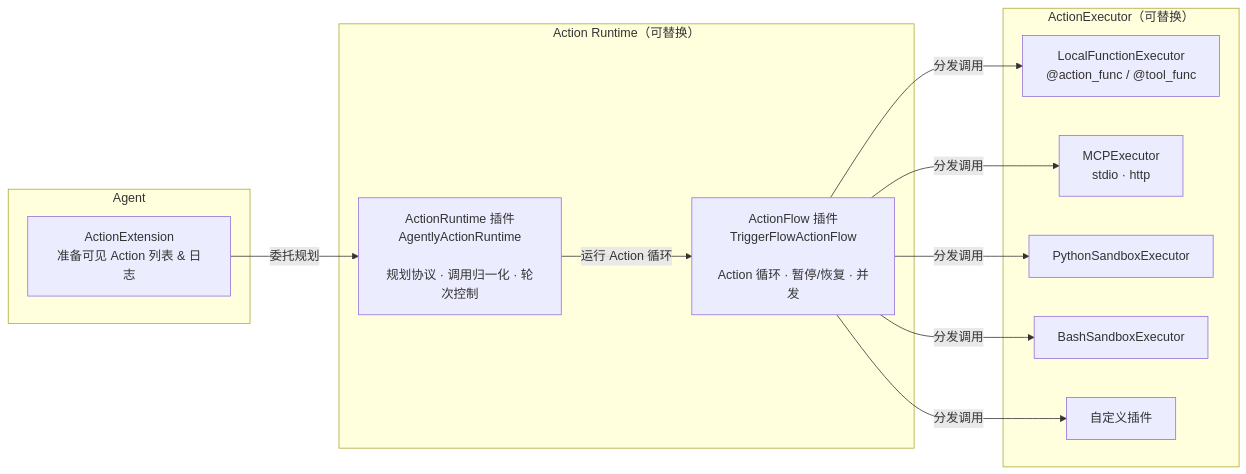
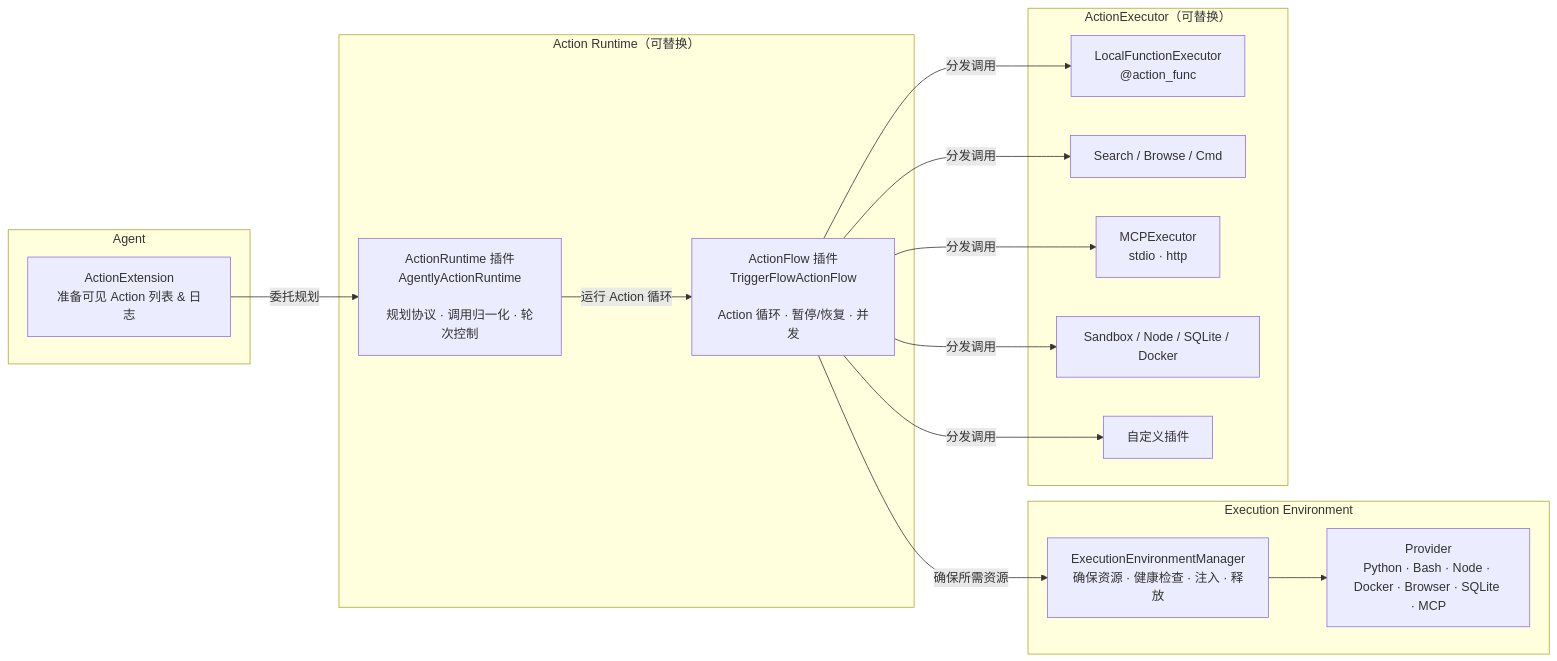
One commit to bit-cook/Agently changed the second of 5 diagrams in README_CN.md. Above: the diagram before and after it, drawn with Mermaid. The commit also changed other lines of this file and 5 other files, not shown here.

````diff
--- a/README_CN.md
+++ b/README_CN.md
@@ -109,27 +115,34 @@
 ```mermaid
 graph LR
     subgraph AGENT2["Agent"]
         AExt["ActionExtension\n准备可见 Action 列表 & 日志"]
     end
 
     subgraph RUNTIME["Action Runtime（可替换）"]
         AR["ActionRuntime 插件\nAgentlyActionRuntime\n\n规划协议 · 调用归一化 · 轮次控制"]
         AF["ActionFlow 插件\nTriggerFlowActionFlow\n\nAction 循环 · 暂停/恢复 · 并发"]
     end
 
+    subgraph ENV["Execution Environment"]
+        EM["ExecutionEnvironmentManager\n确保资源 · 健康检查 · 注入 · 释放"]
+        EP["Provider\nPython · Bash · Node · Docker · Browser · SQLite · MCP"]
+    end
+
     subgraph EXECUTORS["ActionExecutor（可替换）"]
-        E1["LocalFunctionExecutor\n@action_func / @tool_func"]
-        E2["MCPExecutor\nstdio · http"]
-        E3["PythonSandboxExecutor"]
-        E4["BashSandboxExecutor"]
+        E1["LocalFunctionExecutor\n@action_func"]
+        E2["Search / Browse / Cmd"]
+        E3["MCPExecutor\nstdio · http"]
+        E4["Sandbox / Node / SQLite / Docker"]
         E5["自定义插件"]
     end
 
     AExt -->|"委托规划"| AR
     AR -->|"运行 Action 循环"| AF
+    AF -->|"确保所需资源"| EM
+    EM --> EP
     AF -->|"分发调用"| E1
     AF -->|"分发调用"| E2
     AF -->|"分发调用"| E3
     AF -->|"分发调用"| E4
     AF -->|"分发调用"| E5
 ```
````
